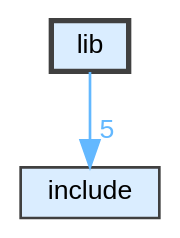
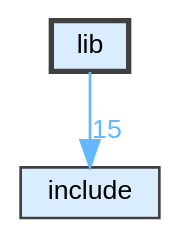
One commit to Muddyblack/Cpp_Project changed the diagram in dir_97aefd0d527b934f1d99a682da8fe6a9_dep.dot. Above: the diagram before and after it, drawn with Graphviz. The commit also changed 194 other files, not shown here.

```diff
--- a/dir_97aefd0d527b934f1d99a682da8fe6a9_dep.dot
+++ b/dir_97aefd0d527b934f1d99a682da8fe6a9_dep.dot
@@ -1,11 +1,11 @@
 digraph "c:/Users/Muddyblack/OneDrive - bwedu/12 Studium/01 DHBW/2. Semester/18 C und C++ Kurs/GenTxtSrcCode/lib"
 {
  // LATEX_PDF_SIZE
   bgcolor="transparent";
   edge [fontname=Helvetica,fontsize=10,labelfontname=Helvetica,labelfontsize=10];
   node [fontname=Helvetica,fontsize=10,shape=box,height=0.2,width=0.4];
   compound=true
   dir_97aefd0d527b934f1d99a682da8fe6a9 [label="lib", fillcolor="#daedff", color="grey25", style="filled,bold", URL="dir_97aefd0d527b934f1d99a682da8fe6a9.html",tooltip=""];
   dir_d44c64559bbebec7f509842c48db8b23 [label="include", fillcolor="#daedff", color="grey25", style="filled", URL="dir_d44c64559bbebec7f509842c48db8b23.html",tooltip=""];
-  dir_97aefd0d527b934f1d99a682da8fe6a9->dir_d44c64559bbebec7f509842c48db8b23 [headlabel="5", labeldistance=1.5 headhref="dir_000001_000000.html" color="steelblue1" fontcolor="steelblue1"];
+  dir_97aefd0d527b934f1d99a682da8fe6a9->dir_d44c64559bbebec7f509842c48db8b23 [headlabel="15", labeldistance=1.5 headhref="dir_000001_000000.html" color="steelblue1" fontcolor="steelblue1"];
 }
```
